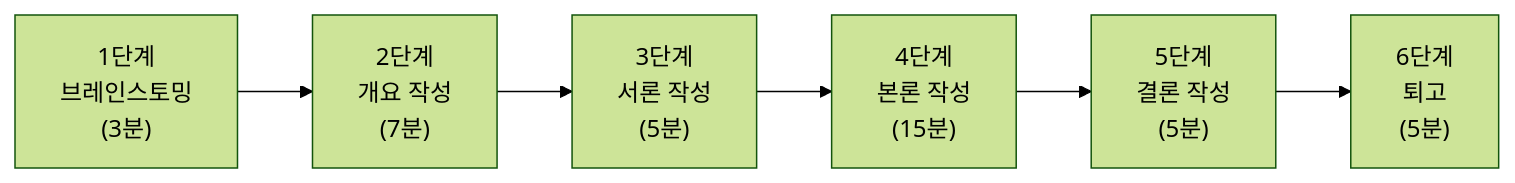
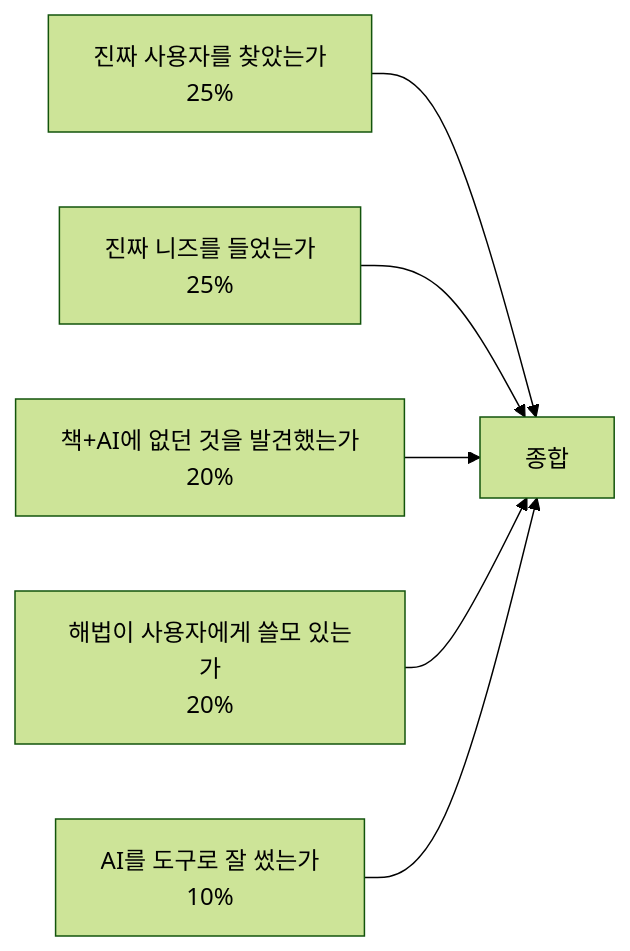
One commit to Collegenie-X/ReadingClueProject changed the fourth of 4 diagrams in 아이디어/독서토론_초등과정_실전운영_매뉴얼.md. Above: the diagram before and after it, drawn with Mermaid (forest theme). The commit also changed other lines of this file and 7 other files, not shown here.

````diff
--- a/아이디어/독서토론_초등과정_실전운영_매뉴얼.md
+++ b/아이디어/독서토론_초등과정_실전운영_매뉴얼.md
@@ -330,9 +423,8 @@
 ```mermaid
 flowchart LR
-    A["1단계<br/>브레인스토밍<br/>(3분)"] 
-    --> B["2단계<br/>개요 작성<br/>(7분)"]
-    --> C["3단계<br/>서론 작성<br/>(5분)"]
-    --> D["4단계<br/>본론 작성<br/>(15분)"]
-    --> E["5단계<br/>결론 작성<br/>(5분)"]
-    --> F["6단계<br/>퇴고<br/>(5분)"]
+    A["진짜 사용자를 찾았는가<br/>25%"] --> Z[종합]
+    B["진짜 니즈를 들었는가<br/>25%"] --> Z
+    C["책+AI에 없던 것을 발견했는가<br/>20%"] --> Z
+    D["해법이 사용자에게 쓸모 있는가<br/>20%"] --> Z
+    E["AI를 도구로 잘 썼는가<br/>10%"] --> Z
 ```
````
